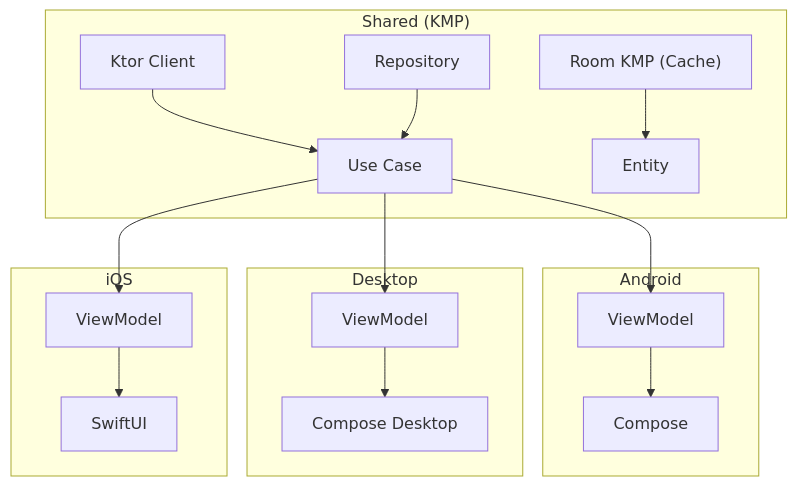
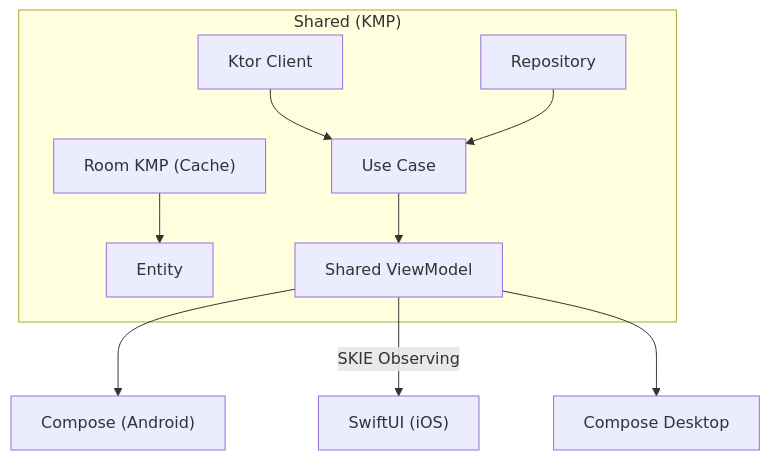
The diagram in README.ja.md (rioX432/CivitDeck), drawn with Mermaid before and after one commit. The commit also changed other lines of this file and 22 other files, not shown here.

Commit message:
Remove 7 redundant Desktop ViewModels, use shared VMs directly (#696)

````diff
--- a/README.ja.md
+++ b/README.ja.md
@@ -98,19 +98,11 @@
 ```mermaid
 graph TB
     subgraph shared["Shared (KMP)"]
         ktor["Ktor Client"] & repo["Repository"] --> usecase["Use Case"]
         room["Room KMP (Cache)"] --> entity["Entity"]
+        usecase --> vm["Shared ViewModel"]
     end
-    subgraph android["Android"]
-        avm["ViewModel"] --> compose["Compose"]
-    end
-    subgraph desktop["Desktop"]
-        dvm["ViewModel"] --> cdesktop["Compose Desktop"]
-    end
-    subgraph ios["iOS"]
-        ivm["ViewModel"] --> swiftui["SwiftUI"]
-    end
-    usecase --> avm
-    usecase --> dvm
-    usecase --> ivm
+    vm --> compose["Compose (Android)"]
+    vm -- "SKIE Observing" --> swiftui["SwiftUI (iOS)"]
+    vm --> cdesktop["Compose Desktop"]
 ```
````
